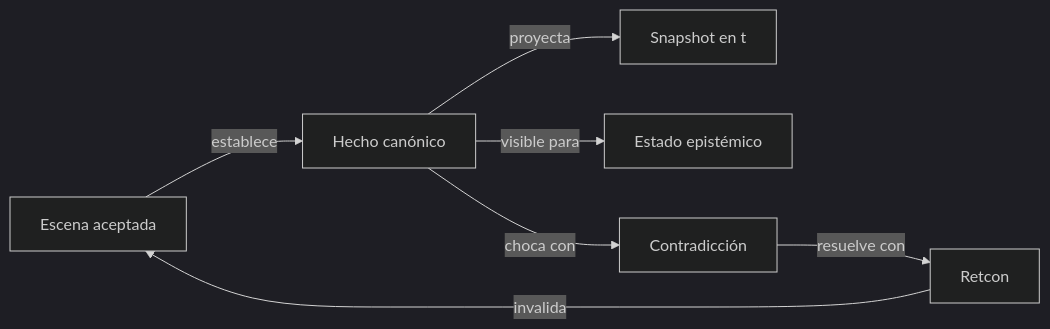
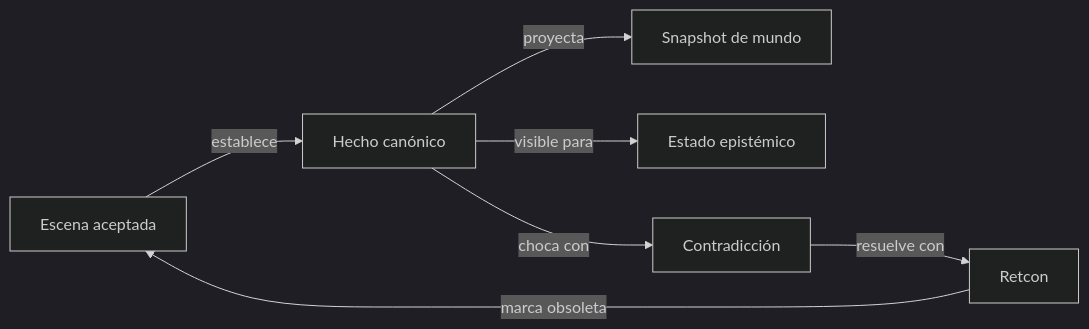
One commit to BrunoCrz3/MyStory changed diagram 11 of 20 in docs/domain-knowledge.md. Above: the diagram before and after it, drawn with Mermaid (dark theme). The commit also changed other lines of this file and 1 other file, not shown here.

````diff
--- a/docs/domain-knowledge.md
+++ b/docs/domain-knowledge.md
@@ -197,9 +198,9 @@
 ```mermaid
 flowchart LR
   ESC[Escena aceptada] -->|establece| HC[Hecho canónico]
-  HC -->|proyecta| SN[Snapshot en t]
+  HC -->|proyecta| SN[Snapshot de mundo]
   HC -->|visible para| EP[Estado epistémico]
   HC -->|choca con| CO[Contradicción]
   CO -->|resuelve con| RT[Retcon]
-  RT -->|invalida| ESC
+  RT -->|marca obsoleta| ESC
 ```
````
